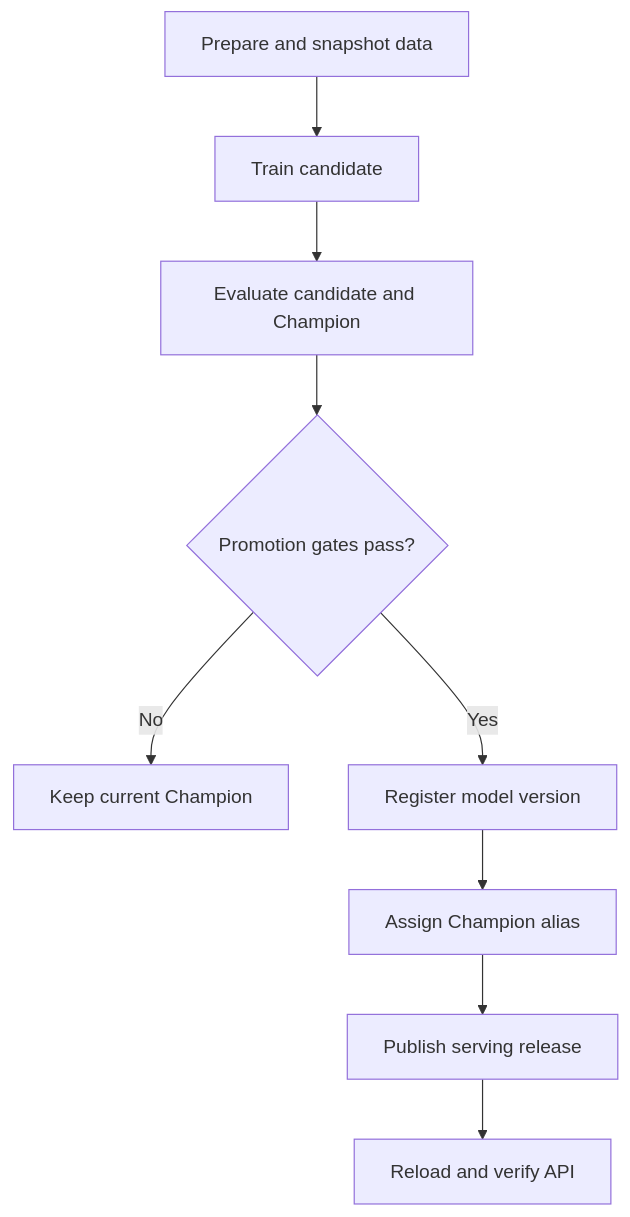
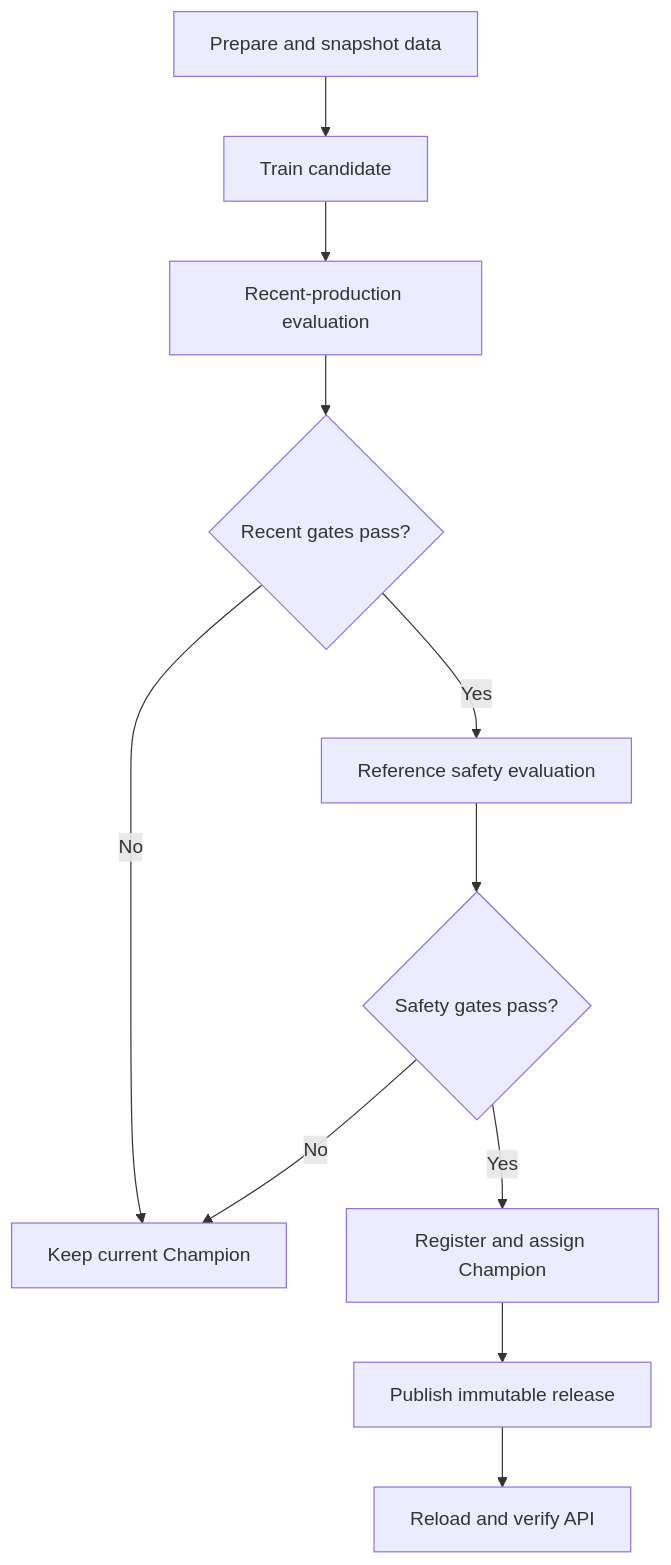
Before and after one commit to SL14-SL/churn-prediction-mlops: the second of 3 diagrams in docs/architecture.md, drawn with Mermaid. The commit also changed other lines of this file and 5 other files, not shown here.

````diff
--- a/docs/architecture.md
+++ b/docs/architecture.md
@@ -64,11 +65,13 @@
 ```mermaid
 flowchart TD
     A["Prepare and snapshot data"] --> B["Train candidate"]
-    B --> C["Evaluate candidate and Champion"]
-    C --> D{"Promotion gates pass?"}
+    B --> C["Recent-production evaluation"]
+    C --> D{"Recent gates pass?"}
     D -->|No| E["Keep current Champion"]
-    D -->|Yes| F["Register model version"]
-    F --> G["Assign Champion alias"]
-    G --> H["Publish serving release"]
-    H --> I["Reload and verify API"]
+    D -->|Yes| F["Reference safety evaluation"]
+    F --> G{"Safety gates pass?"}
+    G -->|No| E
+    G -->|Yes| H["Register and assign Champion"]
+    H --> I["Publish immutable release"]
+    I --> J["Reload and verify API"]
 ```
````
